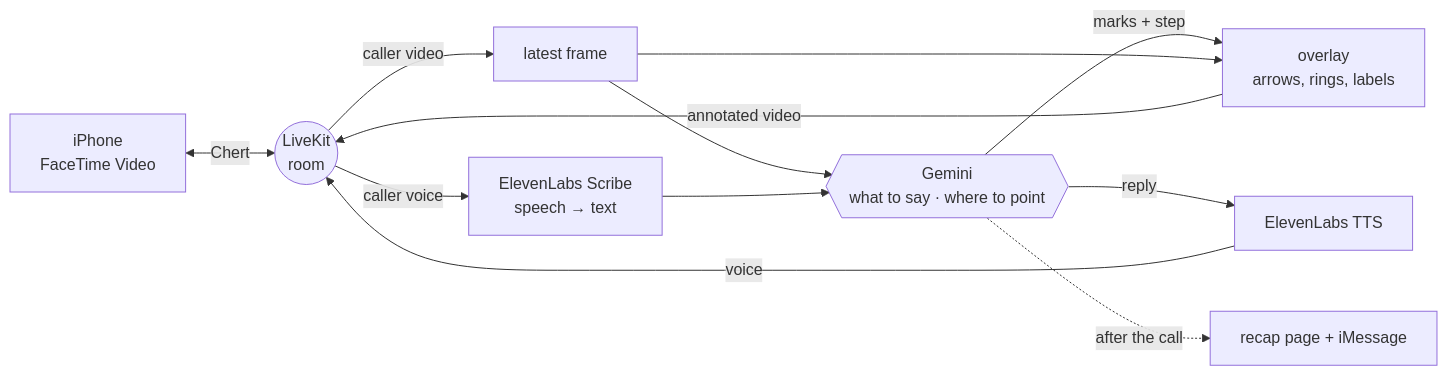
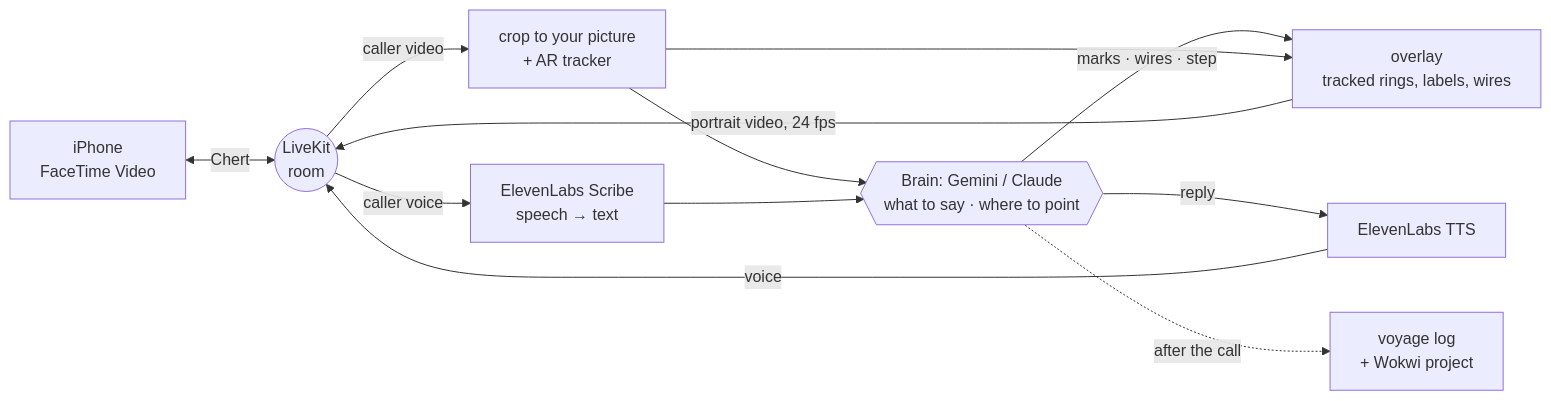
Before and after one commit to hippoFan/mentor: the diagram in README.md, drawn with Mermaid. The commit also changed other lines of this file and 6 other files, not shown here.

````diff
--- a/README.md
+++ b/README.md
@@ -52,13 +83,13 @@
 ```mermaid
 flowchart LR
     P["iPhone<br/>FaceTime Video"] <-->|Chert| R(("LiveKit<br/>room"))
-    R -->|caller video| V["latest frame"]
+    R -->|caller video| C["crop to your picture<br/>+ AR tracker"]
     R -->|caller voice| S["ElevenLabs Scribe<br/>speech → text"]
-    V --> B{{"Gemini<br/>what to say · where to point"}}
+    C --> B{{"Brain: Gemini / Claude<br/>what to say · where to point"}}
     S --> B
-    B -->|marks + step| O["overlay<br/>arrows, rings, labels"]
-    V --> O
-    O -->|annotated video| R
+    B -->|marks · wires · step| O["overlay<br/>tracked rings, labels, wires"]
+    C --> O
+    O -->|portrait video, 24 fps| R
     B -->|reply| T["ElevenLabs TTS"] -->|voice| R
-    B -.->|after the call| X["recap page + iMessage"]
+    B -.->|after the call| X["voyage log<br/>+ Wokwi project"]
 ```
````
